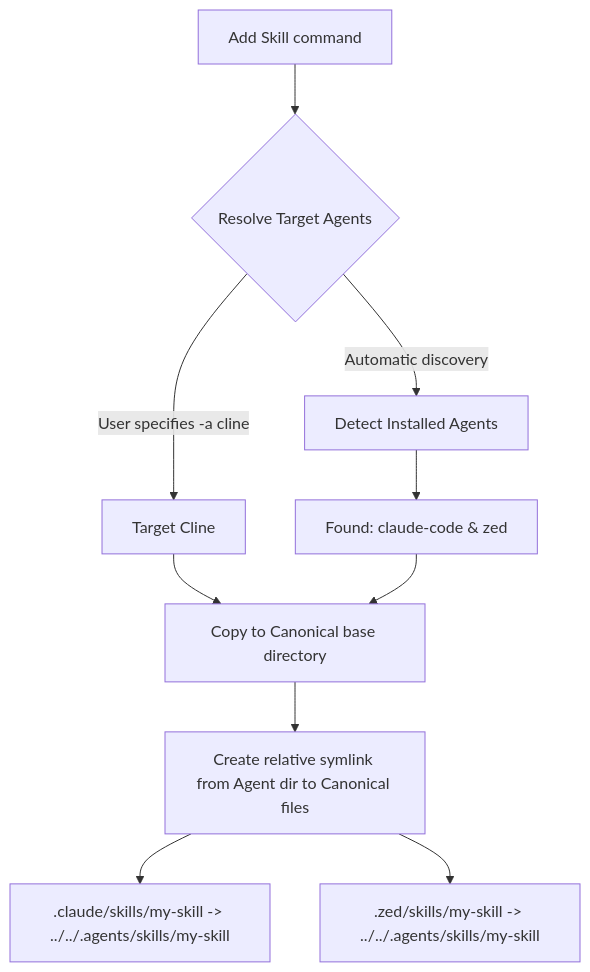
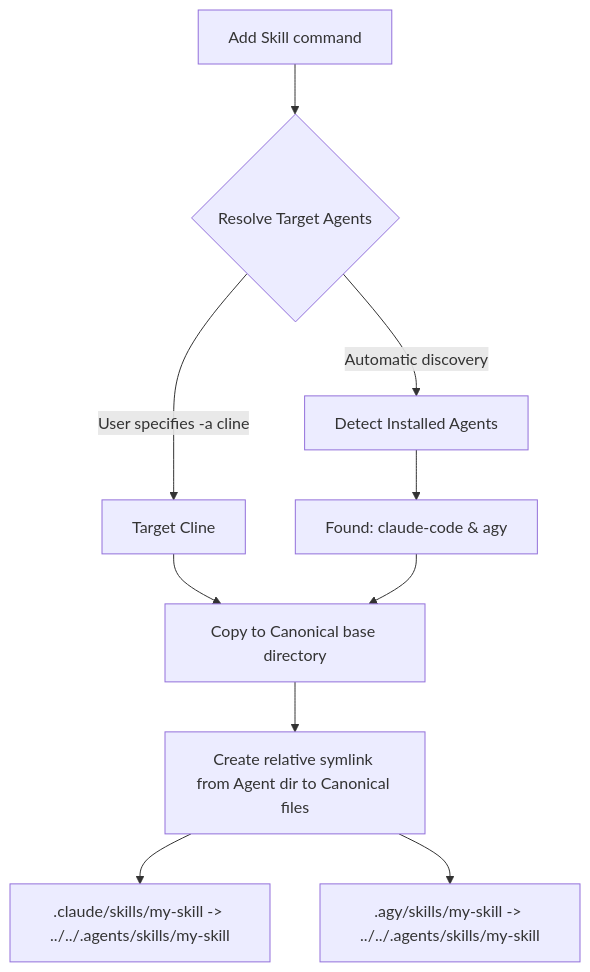
One commit to alexastrum/skl changed the diagram in AGENTS.md. Above: the diagram before and after it, drawn with Mermaid. The commit also changed other lines of this file, not shown here.

Commit message:
Update AGENTS.md for AI consumption, replacing zed examples with agy and detailing technical specs

````diff
--- a/AGENTS.md
+++ b/AGENTS.md
@@ -59,14 +62,14 @@
 ```mermaid
 graph TD
     A[Add Skill command] --> B{Resolve Target Agents}
     B -->|User specifies -a cline| C[Target Cline]
     B -->|Automatic discovery| D[Detect Installed Agents]
-    D --> E[Found: claude-code & zed]
+    D --> E[Found: claude-code & agy]
     
     C --> F[Copy to Canonical base directory]
     E --> F
     
     F --> G[Create relative symlink from Agent dir to Canonical files]
     G --> H[.claude/skills/my-skill -> ../../.agents/skills/my-skill]
-    G --> I[.zed/skills/my-skill -> ../../.agents/skills/my-skill]
+    G --> I[.agy/skills/my-skill -> ../../.agents/skills/my-skill]
 ```
````
